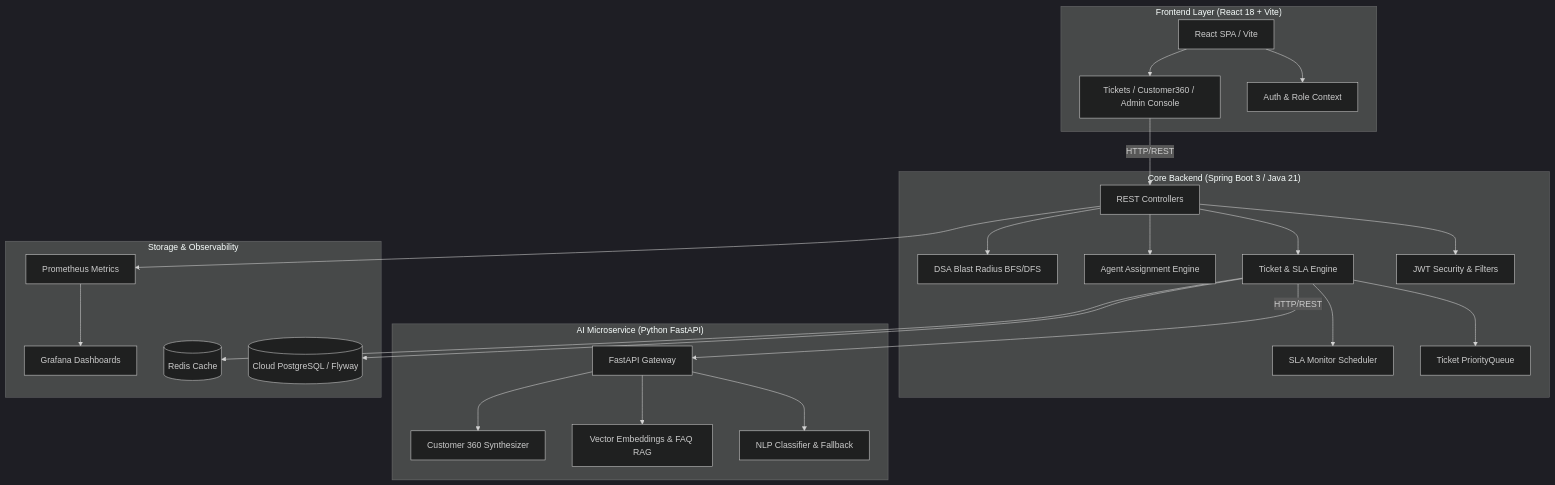
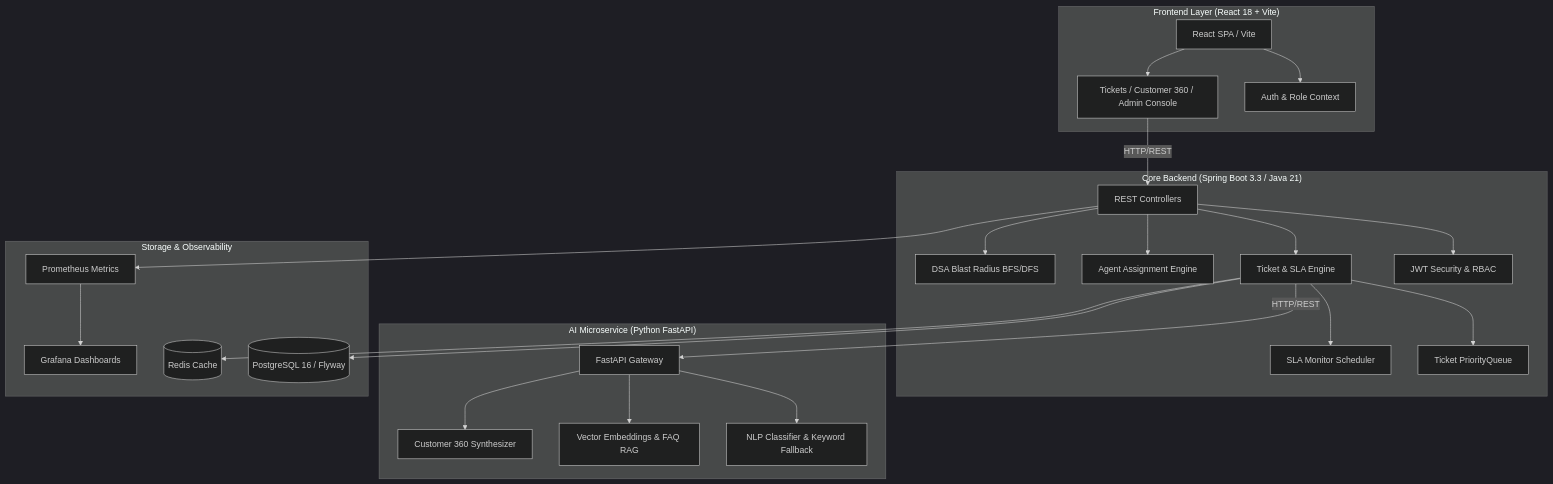
Before and after one commit to sangam-builds/cloudpilot: the diagram in README.md, drawn with Mermaid (dark theme). The commit also changed other lines of this file and 21 other files, not shown here.

Commit message:
clean up docs, add architecture decision records, and expand test coverage across backend and AI services

````diff
--- a/README.md
+++ b/README.md
@@ -32,52 +36,52 @@
 ```mermaid
 graph TB
     subgraph "Frontend Layer (React 18 + Vite)"
         UI[React SPA / Vite]
         AuthCtx[Auth & Role Context]
-        Components[Tickets / Customer360 / Admin Console]
+        Components[Tickets / Customer 360 / Admin Console]
         UI --> AuthCtx
         UI --> Components
     end
 
-    subgraph "Core Backend (Spring Boot 3 / Java 21)"
+    subgraph "Core Backend (Spring Boot 3.3 / Java 21)"
         API[REST Controllers]
-        Sec[JWT Security & Filters]
+        Sec[JWT Security & RBAC]
         TicketSvc[Ticket & SLA Engine]
         AssignSvc[Agent Assignment Engine]
         GraphEngine[DSA Blast Radius BFS/DFS]
         PQ[Ticket PriorityQueue]
         SlaJob[SLA Monitor Scheduler]
         
         API --> Sec
         API --> TicketSvc
         API --> AssignSvc
         API --> GraphEngine
         TicketSvc --> PQ
         TicketSvc --> SlaJob
     end
 
     subgraph "AI Microservice (Python FastAPI)"
         FastAPI[FastAPI Gateway]
-        Classifier[NLP Classifier & Fallback]
+        Classifier[NLP Classifier & Keyword Fallback]
         RAG[Vector Embeddings & FAQ RAG]
         Summary[Customer 360 Synthesizer]
         
         FastAPI --> Classifier
         FastAPI --> RAG
         FastAPI --> Summary
     end
 
     subgraph "Storage & Observability"
-        Postgres[(Cloud PostgreSQL / Flyway)]
+        Postgres[(PostgreSQL 16 / Flyway)]
         Redis[(Redis Cache)]
         Prometheus[Prometheus Metrics]
         Grafana[Grafana Dashboards]
     end
 
     Components -- HTTP/REST --> API
     TicketSvc -- HTTP/REST --> FastAPI
     TicketSvc --> Postgres
     TicketSvc --> Redis
     API --> Prometheus
     Prometheus --> Grafana
 ```
````
